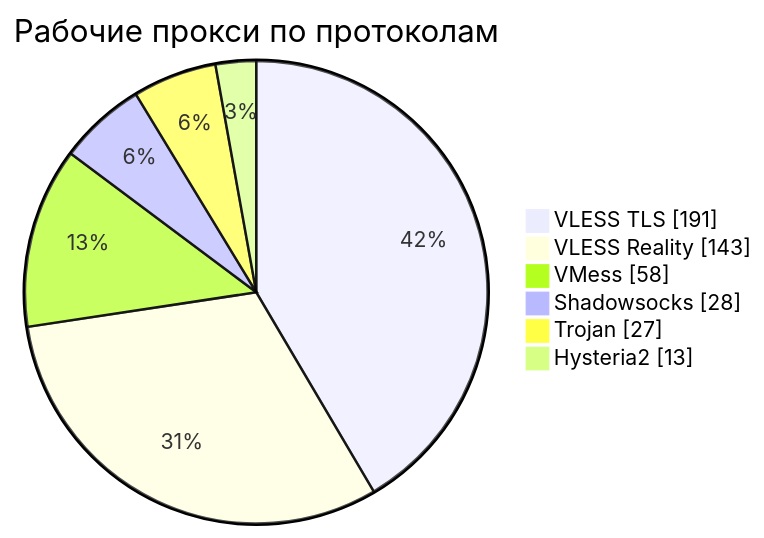
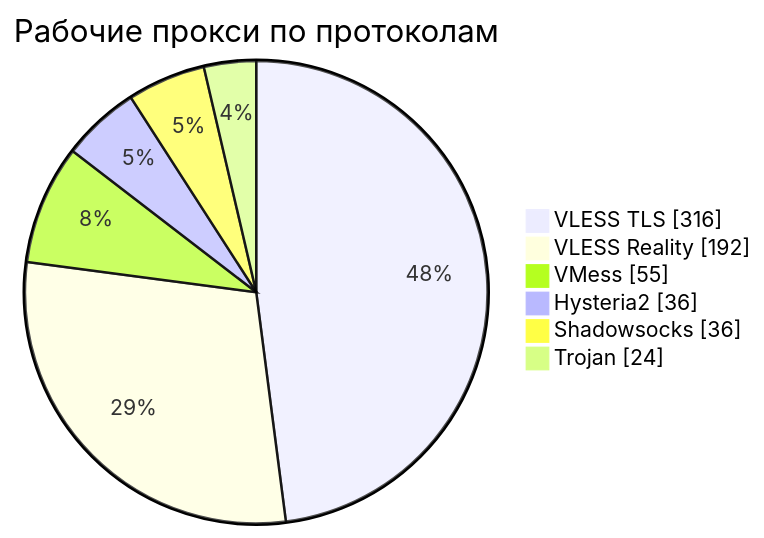
One commit to rvvg/proxy-subs changed the third of 4 diagrams in README.md. Above: the diagram before and after it, drawn with Mermaid. The commit also changed other lines of this file and 48 other files, not shown here.

````diff
--- a/README.md
+++ b/README.md
@@ -133,10 +137,10 @@
 ```mermaid
 pie showData
     title Рабочие прокси по протоколам
-    "VLESS TLS" : 191
-    "VLESS Reality" : 143
-    "VMess" : 58
-    "Shadowsocks" : 28
-    "Trojan" : 27
-    "Hysteria2" : 13
+    "VLESS TLS" : 316
+    "VLESS Reality" : 192
+    "VMess" : 55
+    "Hysteria2" : 36
+    "Shadowsocks" : 36
+    "Trojan" : 24
 ```
````
